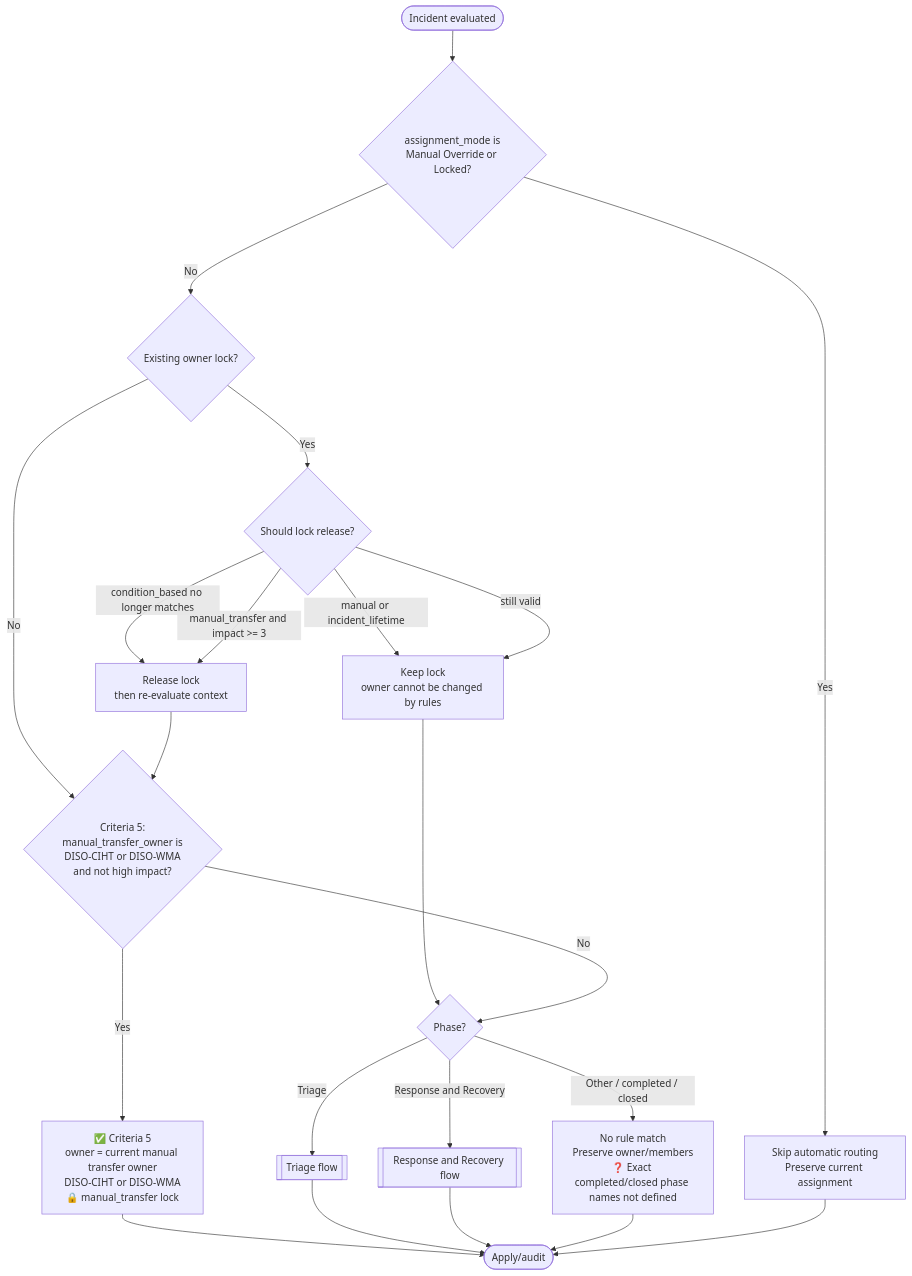
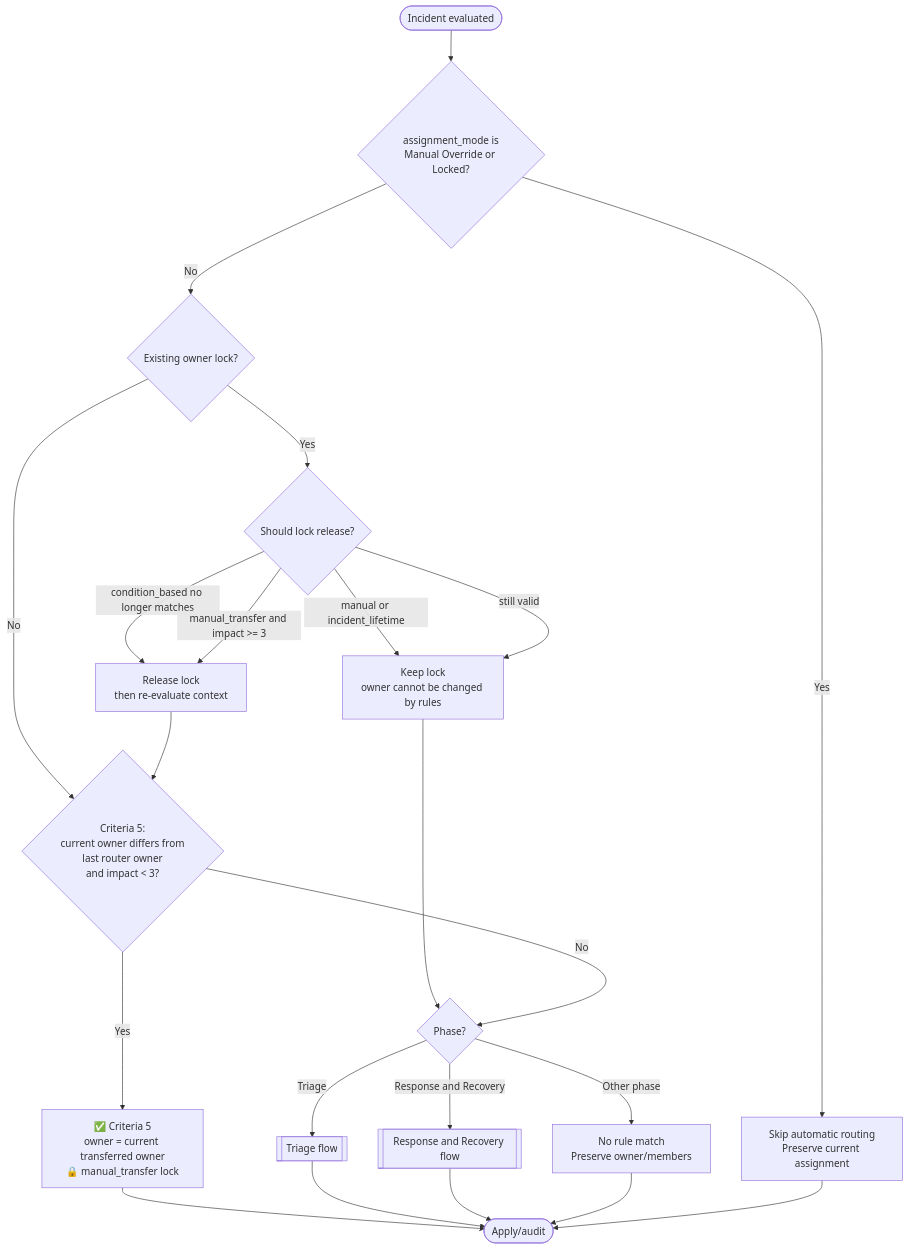
One commit to hsmith56/resilient-pocs changed the first of 4 diagrams in assignment_ruleset_flow.md. Above: the diagram before and after it, drawn with Mermaid. The commit also changed other lines of this file and 11 other files, not shown here.

````diff
--- a/assignment_ruleset_flow.md
+++ b/assignment_ruleset_flow.md
@@ -31,30 +32,30 @@
 ```mermaid
 flowchart TD
     Start([Incident evaluated]) --> Mode{assignment_mode is<br/>Manual Override or Locked?}
     Mode -- Yes --> Skip[Skip automatic routing<br/>Preserve current assignment]
     Mode -- No --> ExistingLock{Existing owner lock?}
 
-    ExistingLock -- No --> ManualCheck{Criteria 5:<br/>manual_transfer_owner is<br/>DISO-CIHT or DISO-WMA<br/>and not high impact?}
     ExistingLock -- Yes --> LockRelease{Should lock release?}
+    ExistingLock -- No --> ManualCheck{Criteria 5:<br/>current owner differs from<br/>last router owner<br/>and impact < 3?}
 
     LockRelease -- manual or incident_lifetime --> KeepLock[Keep lock<br/>owner cannot be changed by rules]
     LockRelease -- condition_based no longer matches --> ReleaseLock[Release lock<br/>then re-evaluate context]
     LockRelease -- manual_transfer and impact >= 3 --> ReleaseLock
     LockRelease -- still valid --> KeepLock
 
     ReleaseLock --> ManualCheck
     KeepLock --> PhaseCheck{Phase?}
-    ManualCheck -- Yes --> C5[✅ Criteria 5<br/>owner = current manual transfer owner<br/>DISO-CIHT or DISO-WMA<br/>🔒 manual_transfer lock]
+
+    ManualCheck -- Yes --> C5[✅ Criteria 5<br/>owner = current transferred owner<br/>🔒 manual_transfer lock]
     ManualCheck -- No --> PhaseCheck
 
     C5 --> End([Apply/audit])
-
     PhaseCheck -- Triage --> TriageFlow[[Triage flow]]
     PhaseCheck -- Response and Recovery --> RRFlow[[Response and Recovery flow]]
-    PhaseCheck -- Other / completed / closed --> OtherPhase[No rule match<br/>Preserve owner/members<br/>❓ Exact completed/closed phase names not defined]
+    PhaseCheck -- Other phase --> OtherPhase[No rule match<br/>Preserve owner/members]
 
     TriageFlow --> End
     RRFlow --> End
     OtherPhase --> End
     Skip --> End
 ```
````
